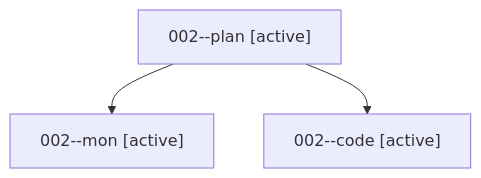
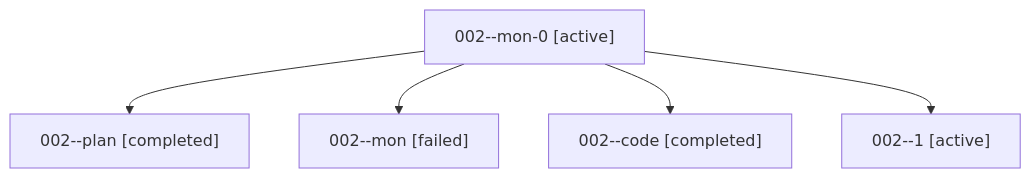
One commit to sase-org/sase--agents changed the diagram in families/bbugyi200.athena.002.md. Above: the diagram before and after it, drawn with Mermaid. The commit also changed other lines of this file and 27 other files, not shown here.

````diff
--- a/families/bbugyi200.athena.002.md
+++ b/families/bbugyi200.athena.002.md
@@ -9,8 +9,12 @@
 ```mermaid
 flowchart TD
-  n0["002--plan [active]"]
-  n1["002--mon [active]"]
+  n0["002--mon-0 [active]"]
+  n1["002--plan [completed]"]
   n0 --> n1
-  n2["002--code [active]"]
+  n2["002--mon [failed]"]
   n0 --> n2
+  n3["002--code [completed]"]
+  n0 --> n3
+  n4["002--1 [active]"]
+  n0 --> n4
 ```
````
